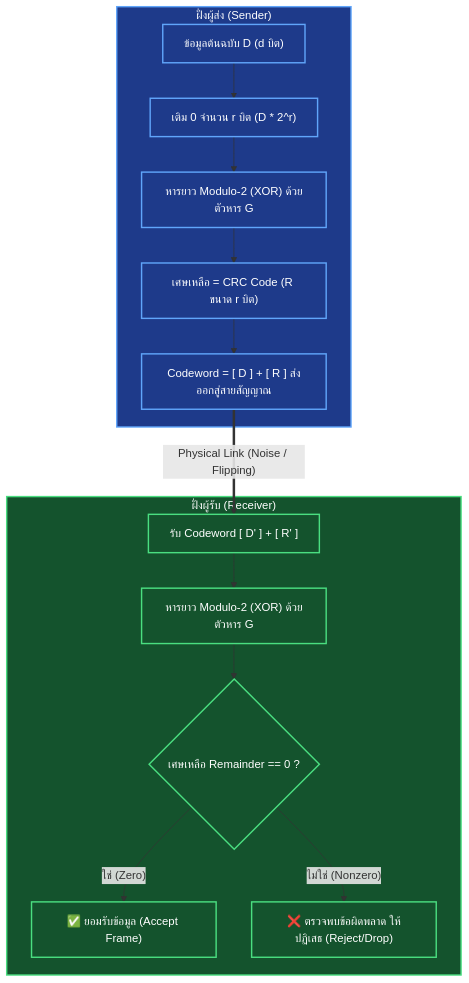
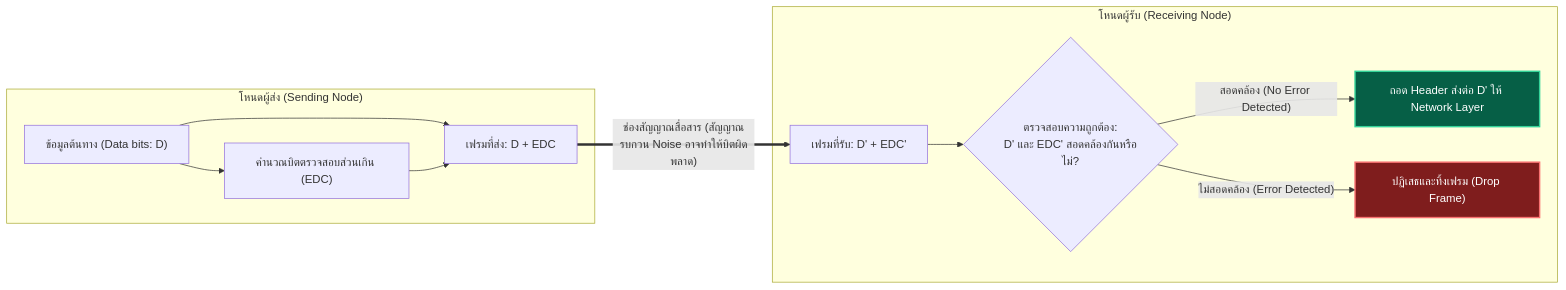
One commit to kanomoo/computer-network-and-Internet changed the third of 7 diagrams in 05_Wiki/Chapter_06_Link_Layer_and_Wireless/01_Lecture_06_Chapter_6_Link_Layer_and_LANs_v9.md. Above: the diagram before and after it, drawn with Mermaid. The commit also changed other lines of this file and 8 other files, not shown here.

````diff
--- a/05_Wiki/Chapter_06_Link_Layer_and_Wireless/01_Lecture_06_Chapter_6_Link_Layer_and_LANs_v9.md
+++ b/05_Wiki/Chapter_06_Link_Layer_and_Wireless/01_Lecture_06_Chapter_6_Link_Layer_and_LANs_v9.md
@@ -331,23 +544,20 @@
 ```mermaid
-flowchart TD
-    subgraph SenderSide ["ฝั่งผู้ส่ง (Sender)"]
-        DATA["ข้อมูลต้นฉบับ D (d บิต)"] --> APPEND["เติม 0 จำนวน r บิต (D * 2^r)"]
-        APPEND --> DIV_S["หารยาว Modulo-2 (XOR) ด้วยตัวหาร G"]
-        DIV_S --> REM_S["เศษเหลือ = CRC Code (R ขนาด r บิต)"]
-        REM_S --> FRAME["Codeword = [ D ] + [ R ] ส่งออกสู่สายสัญญาณ"]
+flowchart LR
+    subgraph Sender ["โหนดผู้ส่ง (Sending Node)"]
+        D["ข้อมูลต้นทาง (Data bits: D)"] --> CalcEDC["คำนวณบิตตรวจสอบส่วนเกิน (EDC)"]
+        D & CalcEDC --> TxFrame["เฟรมที่ส่ง: D + EDC"]
     end
 
-    subgraph ReceiverSide ["ฝั่งผู้รับ (Receiver)"]
-        RX_FRAME["รับ Codeword [ D' ] + [ R' ]"] --> DIV_R["หารยาว Modulo-2 (XOR) ด้วยตัวหาร G"]
-        DIV_R --> CHECK{"เศษเหลือ Remainder == 0 ?"}
-        CHECK -- "ใช่ (Zero)" --> ACCEPT["✅ ยอมรับข้อมูล (Accept Frame)"]
-        CHECK -- "ไม่ใช่ (Nonzero)" --> REJECT["❌ ตรวจพบข้อผิดพลาด ให้ปฏิเสธ (Reject/Drop)"]
+    TxFrame ==>|"ช่องสัญญาณสื่อสาร (สัญญาณรบกวน Noise อาจทำให้บิตผิดพลาด)"| RxFrame["เฟรมที่รับ: D' + EDC'"]
+
+    subgraph Receiver ["โหนดผู้รับ (Receiving Node)"]
+        RxFrame --> CheckEDC{"ตรวจสอบความถูกต้อง:<br/>D' และ EDC' สอดคล้องกันหรือไม่?"}
+        CheckEDC -->|"สอดคล้อง (No Error Detected)"| PassUp["ถอด Header ส่งต่อ D' ให้ Network Layer"]
+        CheckEDC -->|"ไม่สอดคล้อง (Error Detected)"| Discard["ปฏิเสธและทิ้งเฟรม (Drop Frame)"]
     end
 
-    FRAME ==>|"Physical Link (Noise / Flipping)"| RX_FRAME
-
-    classDef sender fill:#1e3a8a,stroke:#60a5fa,stroke-width:2px,color:#fff;
-    classDef receiver fill:#14532d,stroke:#4ade80,stroke-width:2px,color:#fff;
-    class SenderSide,DATA,APPEND,DIV_S,REM_S,FRAME sender;
-    class ReceiverSide,RX_FRAME,DIV_R,CHECK,ACCEPT,REJECT receiver;
+    classDef ok fill:#065f46,stroke:#34d399,stroke-width:2px,color:#fff;
+    classDef err fill:#7f1d1d,stroke:#f87171,stroke-width:2px,color:#fff;
+    class PassUp ok;
+    class Discard err;
 ```
````
